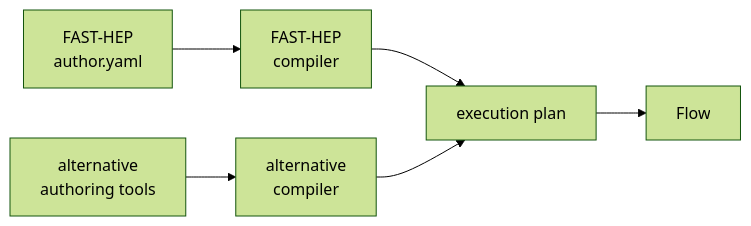
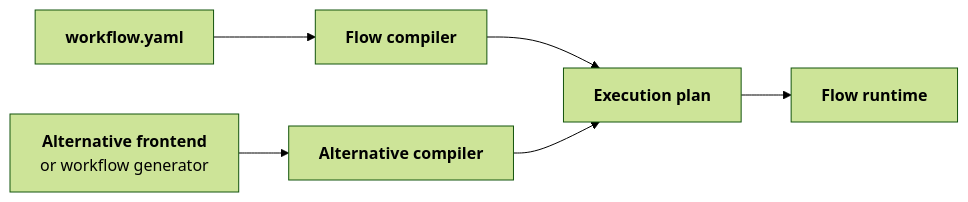
Before and after one commit to FAST-HEP/fast-hep.github.io: the second of 2 diagrams in content/concepts/compilation-and-execution.md, drawn with Mermaid (forest theme). The commit also changed other lines of this file and 6 other files, not shown here.

````diff
--- a/content/concepts/compilation-and-execution.md
+++ b/content/concepts/compilation-and-execution.md
@@ -58,10 +75,15 @@
 ```mermaid
 flowchart LR
-    Author["FAST-HEP<br/>author.yaml"] --> Compiler["FAST-HEP<br/>compiler"]
-    Other["alternative<br/>authoring tools"] --> OtherCompiler["alternative<br/>compiler"]
+    Workflow["<b>workflow.yaml</b>"]:::input
+    Compiler["<b>Flow compiler</b>"]:::flow
 
-    Compiler --> Plan["execution plan"]
-    OtherCompiler --> Plan
+    Other["<b>Alternative frontend</b><br/>or workflow generator"]:::input
+    OtherCompiler["<b>Alternative compiler</b>"]:::flow
 
-    Plan --> Flow["Flow"]
+    Plan["<b>Execution plan</b>"]:::plan
+    Runtime["<b>Flow runtime</b>"]:::runtime
+
+    Workflow --> Compiler --> Plan
+    Other --> OtherCompiler --> Plan
+    Plan --> Runtime
 ```
````
